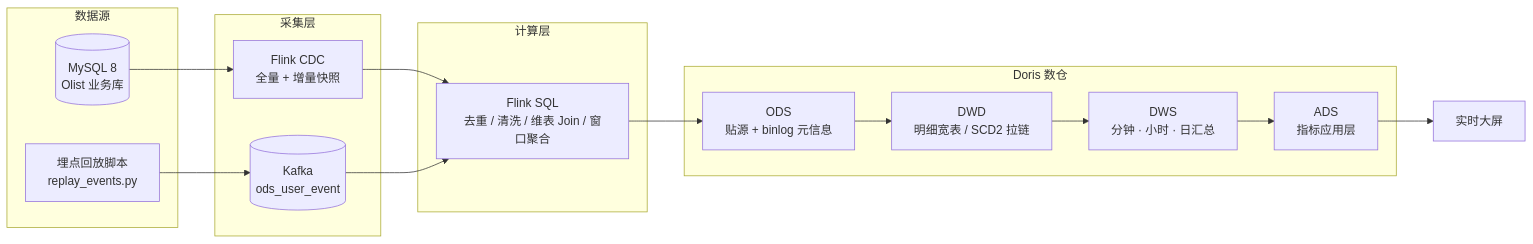
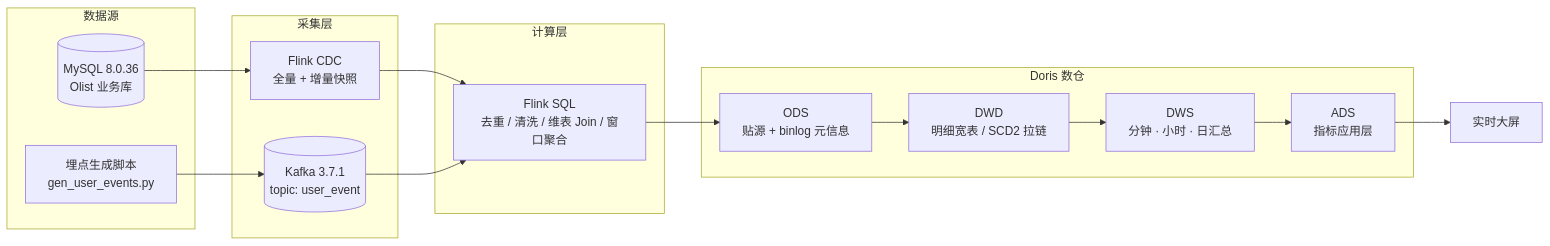
Before and after one commit to Enrrish/ecommerce-real-time-datawarehouse: the diagram in README.md, drawn with Mermaid. The commit also changed other lines of this file and 9 other files, not shown here.

````diff
--- a/README.md
+++ b/README.md
@@ -25,29 +25,29 @@
 ```mermaid
 flowchart LR
     subgraph SRC["数据源"]
-        MYSQL[("MySQL 8<br/>Olist 业务库")]
-        GEN["埋点回放脚本<br/>replay_events.py"]
+        MYSQL[("MySQL 8.0.36<br/>Olist 业务库")]
+        GEN["埋点生成脚本<br/>gen_user_events.py"]
     end
 
     subgraph ING["采集层"]
         CDC["Flink CDC<br/>全量 + 增量快照"]
-        KAFKA[("Kafka<br/>ods_user_event")]
+        KAFKA[("Kafka 3.7.1<br/>topic: user_event")]
     end
 
     subgraph COMPUTE["计算层"]
         FLINK["Flink SQL<br/>去重 / 清洗 / 维表 Join / 窗口聚合"]
     end
 
     subgraph OLAP["Doris 数仓"]
         ODS["ODS<br/>贴源 + binlog 元信息"]
         DWD["DWD<br/>明细宽表 / SCD2 拉链"]
         DWS["DWS<br/>分钟 · 小时 · 日汇总"]
         ADS["ADS<br/>指标应用层"]
     end
 
     DASH["实时大屏"]
 
     MYSQL --> CDC --> FLINK
     GEN --> KAFKA --> FLINK
     FLINK --> ODS --> DWD --> DWS --> ADS --> DASH
 ```
````
